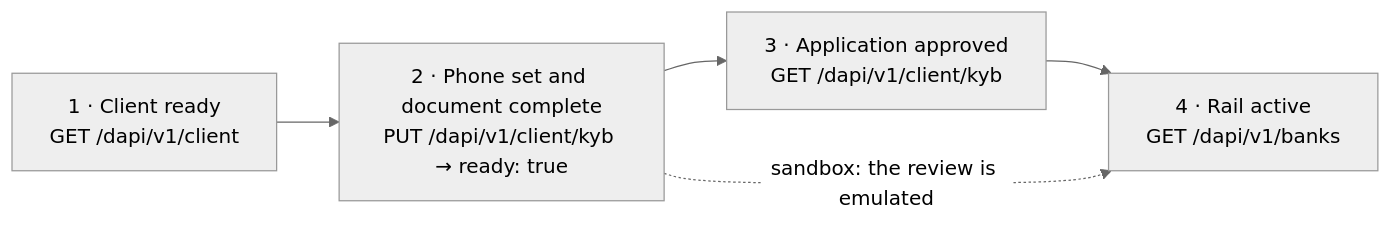
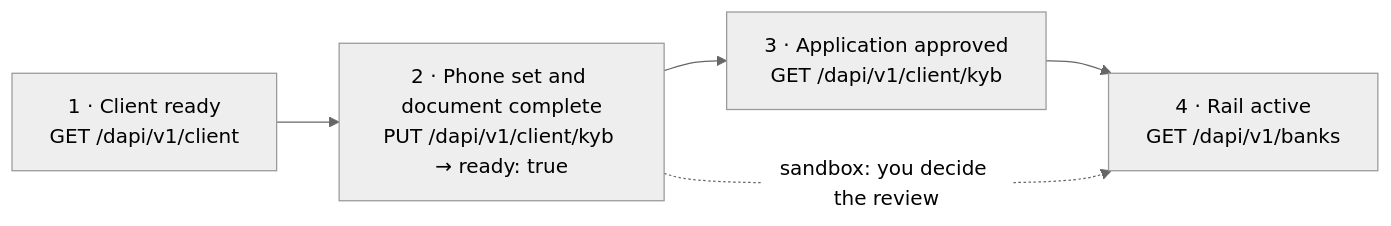
One commit to hevn-inc/docs changed the first of 2 diagrams in whitelabel/onboarding.mdx. Above: the diagram before and after it, drawn with Mermaid (neutral theme). The commit also changed other lines of this file and 6 other files, not shown here.

````diff
--- a/whitelabel/onboarding.mdx
+++ b/whitelabel/onboarding.mdx
@@ -10,9 +10,9 @@
 ```mermaid
 flowchart LR
     G1["1 · Client ready<br/>GET /dapi/v1/client"]
     G2["2 · Phone set and document complete<br/>PUT /dapi/v1/client/kyb → ready: true"]
     G3["3 · Application approved<br/>GET /dapi/v1/client/kyb"]
     G4["4 · Rail active<br/>GET /dapi/v1/banks"]
     G1 --> G2 --> G3 --> G4
-    G2 -.->|"sandbox: the review is emulated"| G4
+    G2 -.->|"sandbox: you decide the review"| G4
 ```
````
